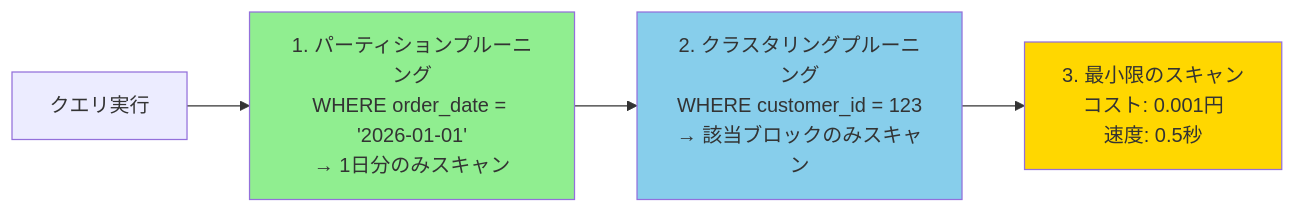
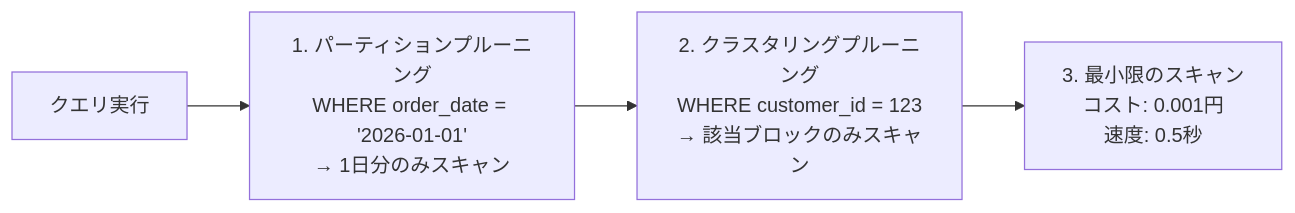
One commit to 1210yuichi0/1210yuichi0.github.io changed the second of 2 diagrams in content/Tech/dbt/features/partitioning-clustering-guide.md. Above: the diagram before and after it, drawn with Mermaid. The commit also changed other lines of this file and 22 other files, not shown here.

First line of the commit message:
style: remove Mermaid style directives for dark mode compatibility

````diff
--- a/content/Tech/dbt/features/partitioning-clustering-guide.md
+++ b/content/Tech/dbt/features/partitioning-clustering-guide.md
@@ -590,10 +582,7 @@
 ```mermaid
 flowchart LR
     Query[クエリ実行] --> Part[1. パーティションプルーニング<br/>WHERE order_date = '2026-01-01'<br/>→ 1日分のみスキャン]
     Part --> Cluster[2. クラスタリングプルーニング<br/>WHERE customer_id = 123<br/>→ 該当ブロックのみスキャン]
     Cluster --> Result[3. 最小限のスキャン<br/>コスト: 0.001円<br/>速度: 0.5秒]
 
-    style Part fill:#90EE90
-    style Cluster fill:#87CEEB
-    style Result fill:#FFD700
 ```
````
